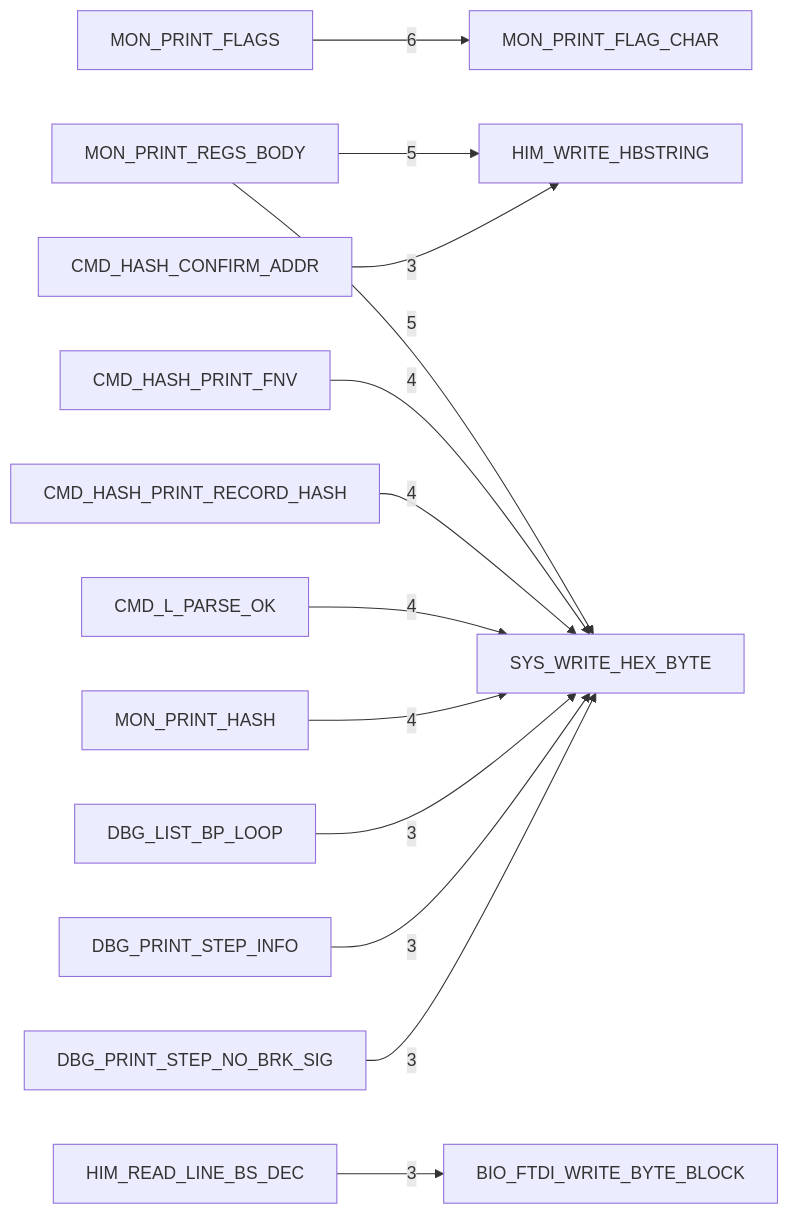
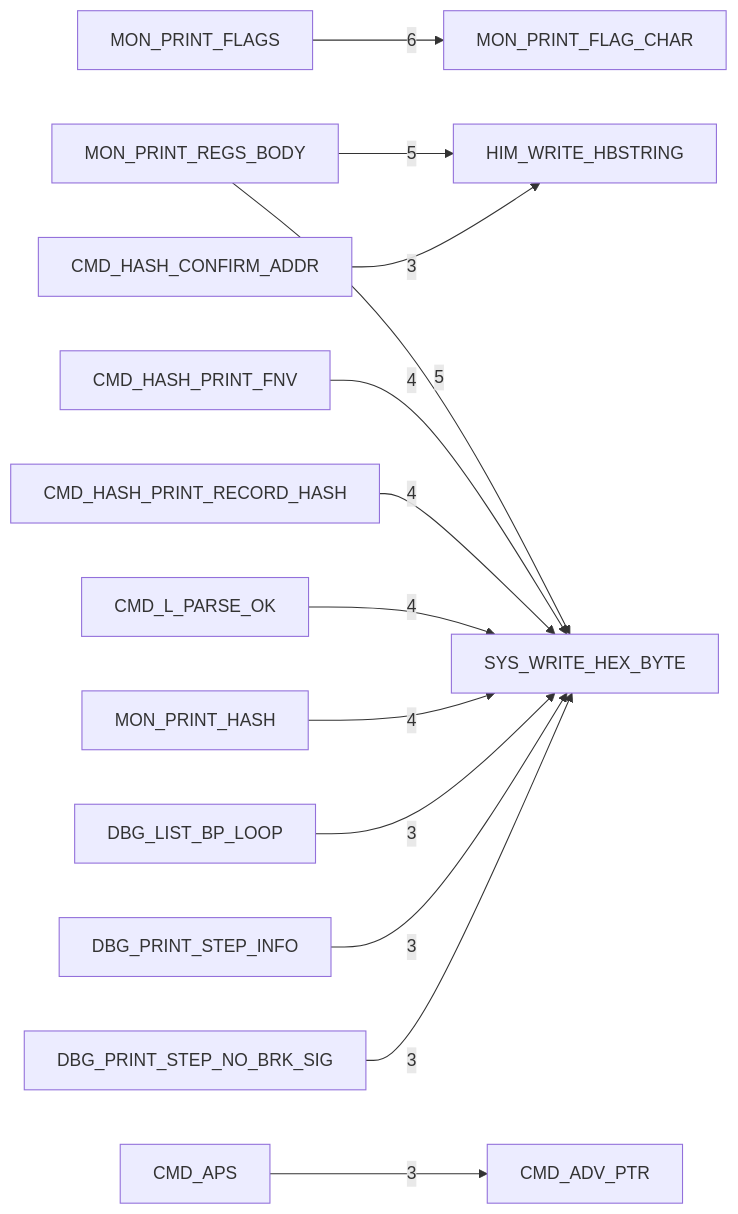
The second of 6 diagrams in DOC/GENERATED/HIMON_ROUTINE_TREE.md (95westus/R-YORS), drawn with Mermaid before and after one commit. The commit also changed other lines of this file and 25 other files, not shown here.

````diff
--- a/DOC/GENERATED/HIMON_ROUTINE_TREE.md
+++ b/DOC/GENERATED/HIMON_ROUTINE_TREE.md
@@ -26,15 +26,15 @@
 ```mermaid
 flowchart LR
     N_MON_PRINT_FLAGS[MON_PRINT_FLAGS] -->|6| N_MON_PRINT_FLAG_CHAR[MON_PRINT_FLAG_CHAR]
     N_MON_PRINT_REGS_BODY[MON_PRINT_REGS_BODY] -->|5| N_HIM_WRITE_HBSTRING[HIM_WRITE_HBSTRING]
     N_MON_PRINT_REGS_BODY[MON_PRINT_REGS_BODY] -->|5| N_SYS_WRITE_HEX_BYTE[SYS_WRITE_HEX_BYTE]
     N_CMD_HASH_PRINT_FNV[CMD_HASH_PRINT_FNV] -->|4| N_SYS_WRITE_HEX_BYTE[SYS_WRITE_HEX_BYTE]
     N_CMD_HASH_PRINT_RECORD_HASH[CMD_HASH_PRINT_RECORD_HASH] -->|4| N_SYS_WRITE_HEX_BYTE[SYS_WRITE_HEX_BYTE]
     N_CMD_L_PARSE_OK[CMD_L_PARSE_OK] -->|4| N_SYS_WRITE_HEX_BYTE[SYS_WRITE_HEX_BYTE]
     N_MON_PRINT_HASH[MON_PRINT_HASH] -->|4| N_SYS_WRITE_HEX_BYTE[SYS_WRITE_HEX_BYTE]
+    N_CMD_APS[CMD_APS] -->|3| N_CMD_ADV_PTR[CMD_ADV_PTR]
     N_CMD_HASH_CONFIRM_ADDR[CMD_HASH_CONFIRM_ADDR] -->|3| N_HIM_WRITE_HBSTRING[HIM_WRITE_HBSTRING]
     N_DBG_LIST_BP_LOOP[DBG_LIST_BP_LOOP] -->|3| N_SYS_WRITE_HEX_BYTE[SYS_WRITE_HEX_BYTE]
     N_DBG_PRINT_STEP_INFO[DBG_PRINT_STEP_INFO] -->|3| N_SYS_WRITE_HEX_BYTE[SYS_WRITE_HEX_BYTE]
     N_DBG_PRINT_STEP_NO_BRK_SIG[DBG_PRINT_STEP_NO_BRK_SIG] -->|3| N_SYS_WRITE_HEX_BYTE[SYS_WRITE_HEX_BYTE]
-    N_HIM_READ_LINE_BS_DEC[HIM_READ_LINE_BS_DEC] -->|3| N_BIO_FTDI_WRITE_BYTE_BLOCK[BIO_FTDI_WRITE_BYTE_BLOCK]
 ```
````
